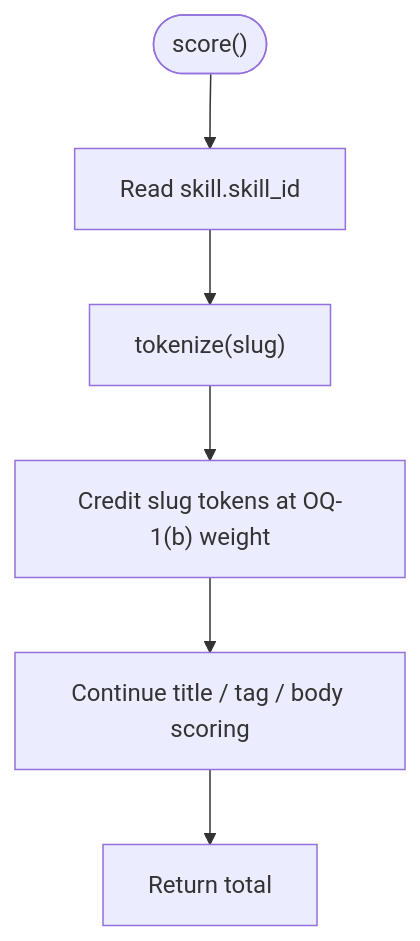
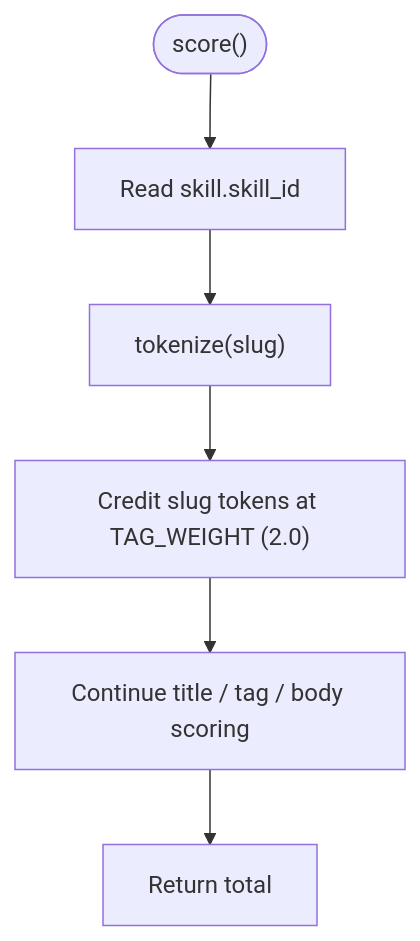
One commit to alainlei/luban-aiops changed the third of 11 diagrams in .qoder/repowiki/en/content/Shared Contracts/SPEC-066_ Skill Retrieval Ranking Fidelity.md. Above: the diagram before and after it, drawn with Mermaid. The commit also changed other lines of this file and 114 other files, not shown here.

````diff
--- a/.qoder/repowiki/en/content/Shared Contracts/SPEC-066_ Skill Retrieval Ranking Fidelity.md
+++ b/.qoder/repowiki/en/content/Shared Contracts/SPEC-066_ Skill Retrieval Ranking Fidelity.md
@@ -129,8 +130,8 @@
 ```mermaid
 flowchart TD
 Start(["score()"]) --> ReadSlug["Read skill.skill_id"]
 ReadSlug --> TokenizeSlug["tokenize(slug)"]
-TokenizeSlug --> CreditTokens["Credit slug tokens at OQ-1(b) weight"]
+TokenizeSlug --> CreditTokens["Credit slug tokens at TAG_WEIGHT (2.0)"]
 CreditTokens --> TitleTagBody["Continue title / tag / body scoring"]
 TitleTagBody --> ReturnScore["Return total"]
 ```
````
